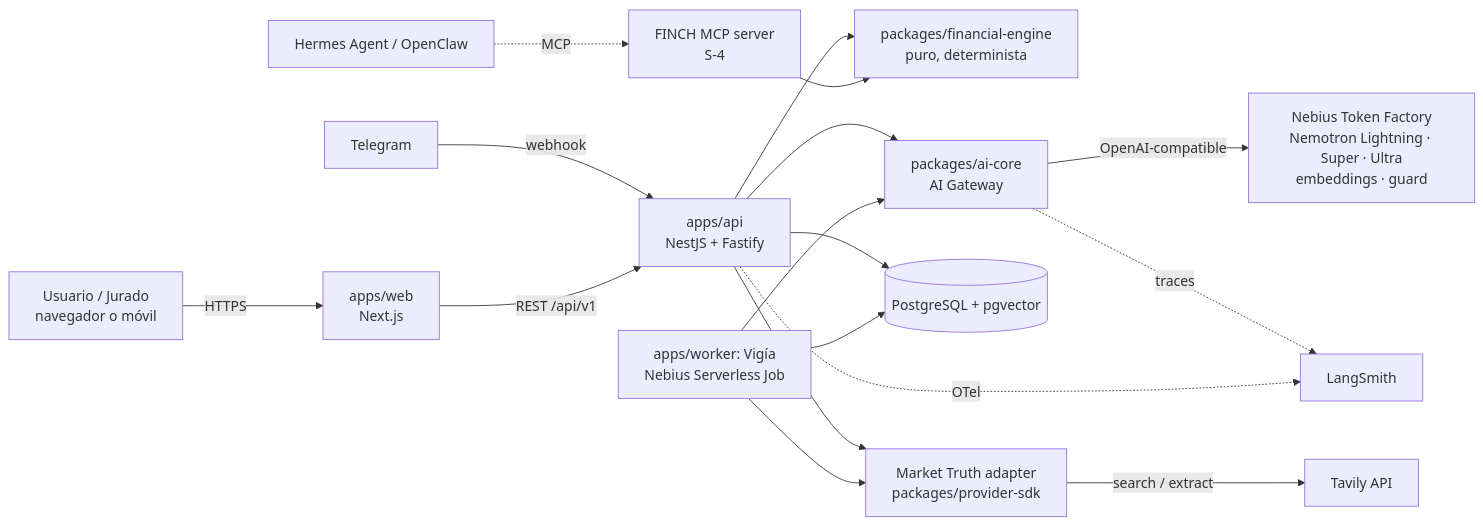
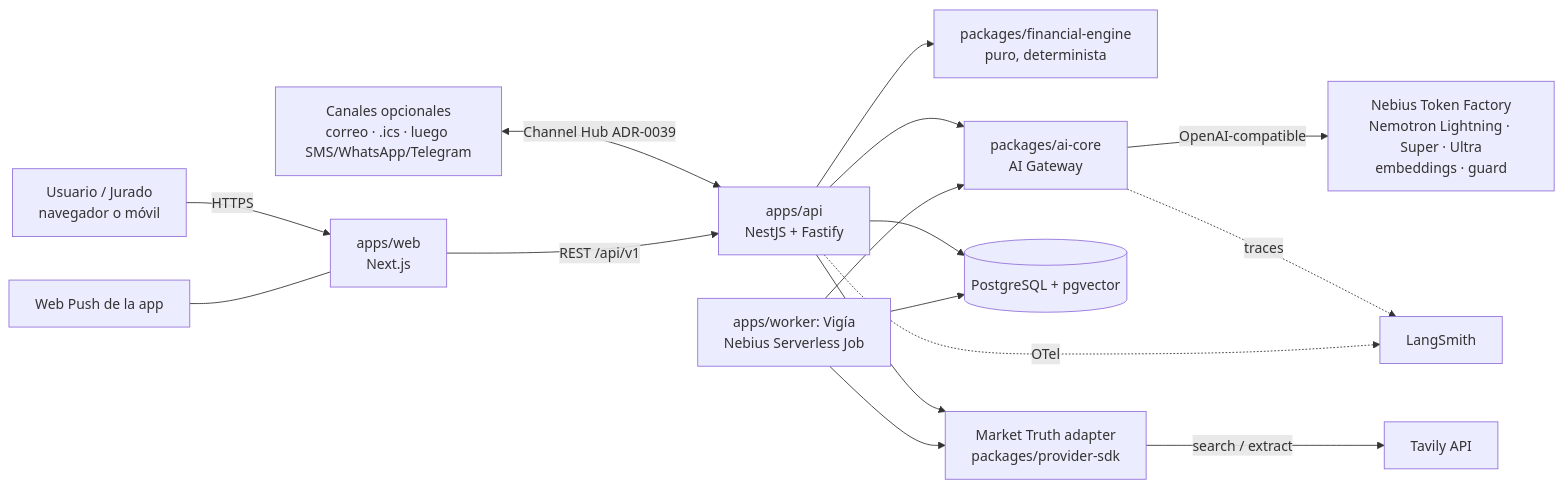
The diagram in docs/hackathon/03-architecture-and-nebius-stack.md (HCHAPS404/FINCH), drawn with Mermaid before and after one commit. The commit also changed other lines of this file and 29 other files, not shown here.

Commit message:
docs: add public and developer READMEs, all-H scope, software architecture and stage/area branching (ADR-0040)

````diff
--- a/docs/hackathon/03-architecture-and-nebius-stack.md
+++ b/docs/hackathon/03-architecture-and-nebius-stack.md
@@ -15,19 +15,18 @@
 ```mermaid
 flowchart LR
   U[Usuario / Jurado<br/>navegador o móvil] -->|HTTPS| WEB[apps/web<br/>Next.js]
-  TG[Telegram] -->|webhook| API
+  CH[Canales opcionales<br/>correo · .ics · luego SMS/WhatsApp/Telegram] <-->|Channel Hub ADR-0039| API
+  PUSH[Web Push de la app] --- WEB
   WEB -->|REST /api/v1| API[apps/api<br/>NestJS + Fastify]
   API --> ENG[packages/financial-engine<br/>puro, determinista]
   API --> GW[packages/ai-core<br/>AI Gateway]
   API --> DB[(PostgreSQL + pgvector)]
   GW -->|OpenAI-compatible| TF[Nebius Token Factory<br/>Nemotron Lightning · Super · Ultra<br/>embeddings · guard]
   API --> MT[Market Truth adapter<br/>packages/provider-sdk]
   MT -->|search / extract| TAV[Tavily API]
   JOB[apps/worker: Vigía<br/>Nebius Serverless Job] --> DB
   JOB --> GW
   JOB --> MT
   GW -. traces .-> LS[LangSmith]
   API -. OTel .-> LS
-  MCP[FINCH MCP server<br/>S-4] --> ENG
-  HA[Hermes Agent / OpenClaw] -. MCP .-> MCP
 ```
````
